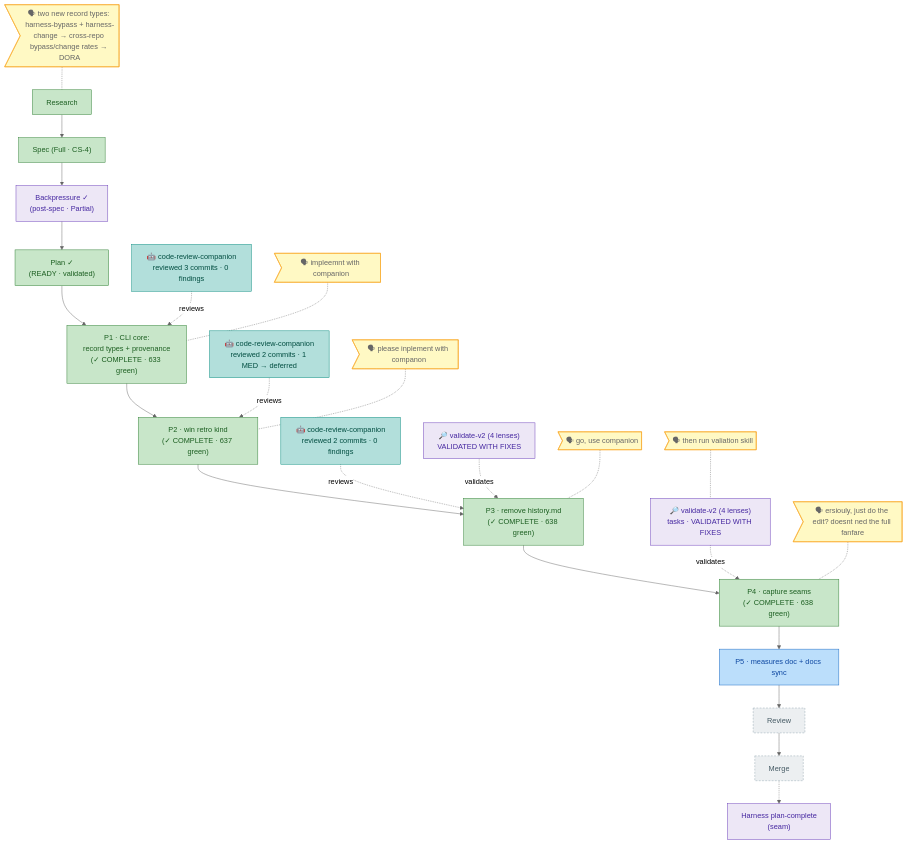
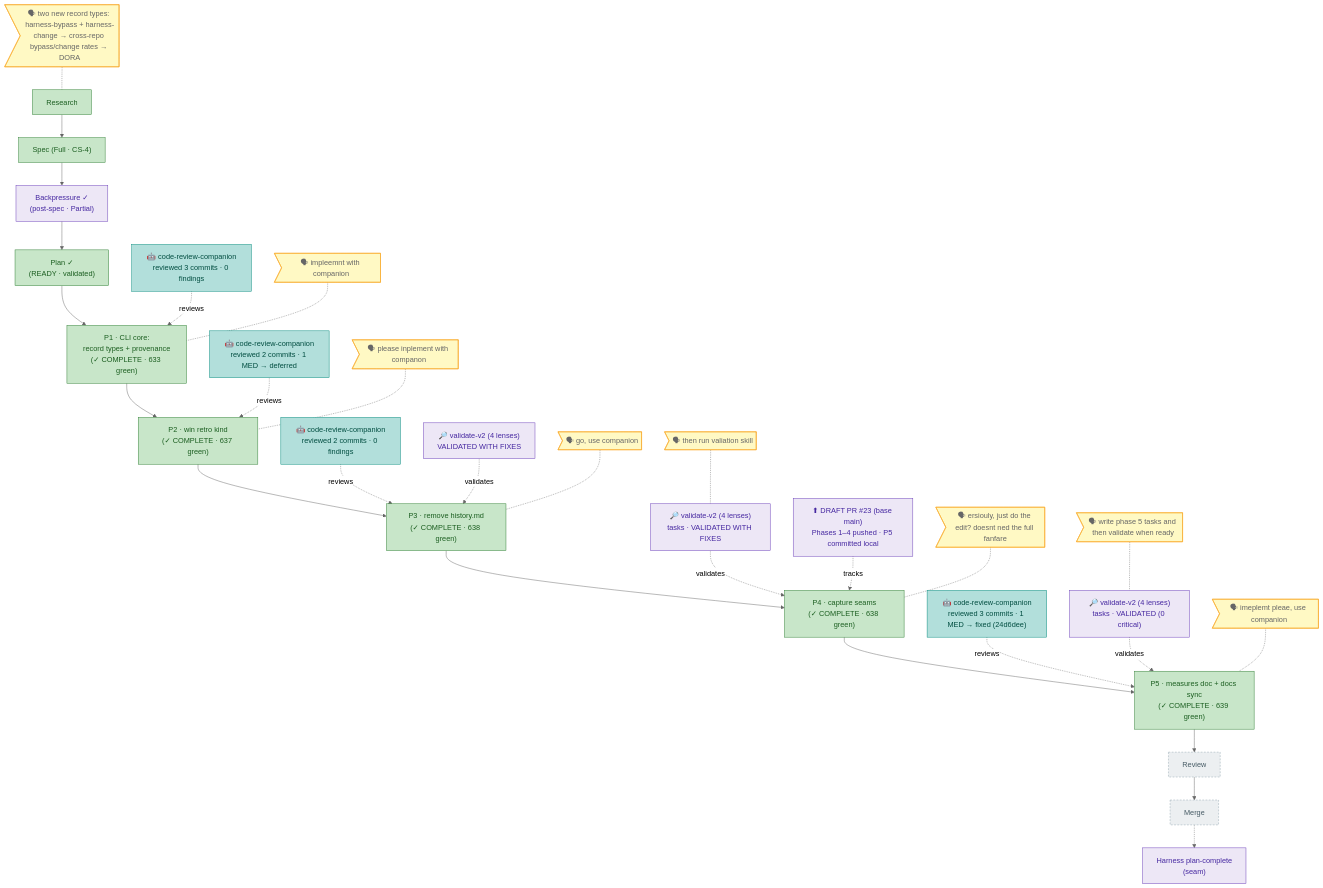
The diagram in docs/plans/020-harness-bypass-change-records/the-flow.md (AI-Substrate/harness-engineering), drawn with Mermaid (neutral theme) before and after one commit. The commit also changed other lines of this file and 3 other files, not shown here.

First line of the commit message:
chore(020): flight plan — Phase 5 complete, cursor → review

````diff
--- a/docs/plans/020-harness-bypass-change-records/the-flow.md
+++ b/docs/plans/020-harness-bypass-change-records/the-flow.md
@@ -4,63 +4,78 @@
 ```mermaid
 flowchart TD
   classDef done fill:#C8E6C9,stroke:#2E7D32,color:#1B5E20;
   classDef wip fill:#FFE0B2,stroke:#EF6C00,color:#E65100;
   classDef blocked fill:#FFCDD2,stroke:#C62828,color:#B71C1C;
   classDef known fill:#BBDEFB,stroke:#1565C0,color:#0D47A1;
   classDef assumed fill:#ECEFF1,stroke:#90A4AE,color:#455A64,stroke-dasharray:4 3;
   classDef said fill:#FFF9C4,stroke:#F9A825,color:#666;
   classDef harness fill:#EDE7F6,stroke:#673AB7,color:#4527A0;
   classDef companion fill:#B2DFDB,stroke:#00897B,color:#004D40;
 
   research["Research"]:::done
   spec["Spec (Full · CS-4)"]:::done
   bp["Backpressure ✓<br/>(post-spec · Partial)"]:::harness
   plan["Plan ✓<br/>(READY · validated)"]:::done
   p1["P1 · CLI core:<br/>record types + provenance<br/>(✓ COMPLETE · 633 green)"]:::done
   p2["P2 · win retro kind<br/>(✓ COMPLETE · 637 green)"]:::done
   p3["P3 · remove history.md<br/>(✓ COMPLETE · 638 green)"]:::done
   p4["P4 · capture seams<br/>(✓ COMPLETE · 638 green)"]:::done
-  p5["P5 · measures doc + docs sync"]:::known
+  p5["P5 · measures doc + docs sync<br/>(✓ COMPLETE · 639 green)"]:::done
   review["Review"]:::assumed
   merge["Merge"]:::assumed
   hh["Harness plan-complete<br/>(seam)"]:::harness
 
   research --> spec
   spec --> bp
   bp --> plan
   plan --> p1 --> p2 --> p3 --> p4 --> p5 --> review --> merge
   merge -.-> hh
 
   crc["🤖 code-review-companion<br/>reviewed 3 commits · 0 findings"]:::companion
   crc -. reviews .-> p1
 
   crc2["🤖 code-review-companion<br/>reviewed 2 commits · 1 MED → deferred"]:::companion
   crc2 -. reviews .-> p2
 
   crc3["🤖 code-review-companion<br/>reviewed 2 commits · 0 findings"]:::companion
   crc3 -. reviews .-> p3
 
+  crc5["🤖 code-review-companion<br/>reviewed 3 commits · 1 MED → fixed (24d6dee)"]:::companion
+  crc5 -. reviews .-> p5
+
   vv3["🔎 validate-v2 (4 lenses)<br/>VALIDATED WITH FIXES"]:::harness
   vv3 -. validates .-> p3
 
   vv4["🔎 validate-v2 (4 lenses)<br/>tasks · VALIDATED WITH FIXES"]:::harness
   vv4 -. validates .-> p4
+
+  vv5["🔎 validate-v2 (4 lenses)<br/>tasks · VALIDATED (0 critical)"]:::harness
+  vv5 -. validates .-> p5
+
+  pr["⬆ DRAFT PR #23 (base main)<br/>Phases 1–4 pushed · P5 committed local"]:::harness
+  pr -. tracks .-> p4
 
   say_p1>"🗣 impleemnt with companion"]:::said
   say_p1 -.- p1
 
   say_p2>"🗣 please inplement with companon"]:::said
   say_p2 -.- p2
 
   say_p3>"🗣 go, use companion"]:::said
   say_p3 -.- p3
 
   say_p4>"🗣 ersiouly, just do the edit? doesnt ned the full fanfare"]:::said
   say_p4 -.- p4
 
+  say_p5>"🗣 imeplemt pleae, use companion"]:::said
+  say_p5 -.- p5
+
+  say_vv5>"🗣 write phase 5 tasks and then validate when ready"]:::said
+  say_vv5 -.- vv5
+
   say_vv4>"🗣 then run valiation skill"]:::said
   say_vv4 -.- vv4
 
   say_research>"🗣 two new record types: harness-bypass + harness-change → cross-repo bypass/change rates → DORA"]:::said
   say_research -.- research
 ```
````
